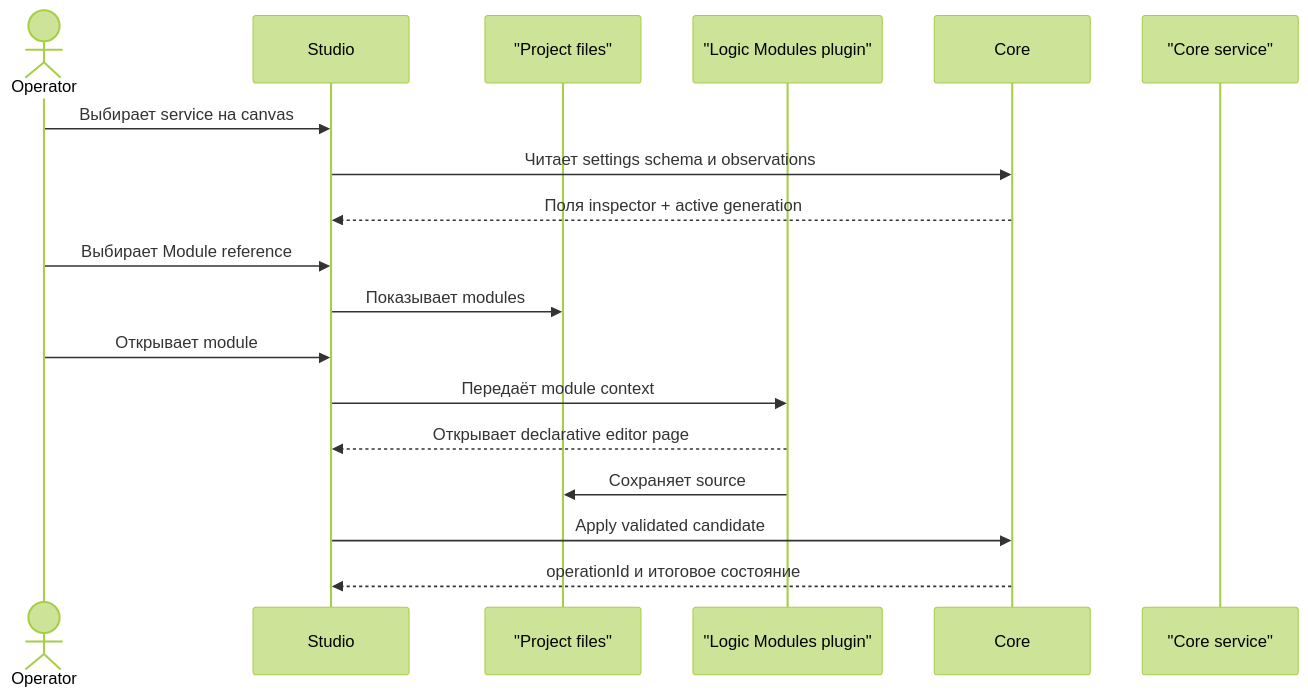
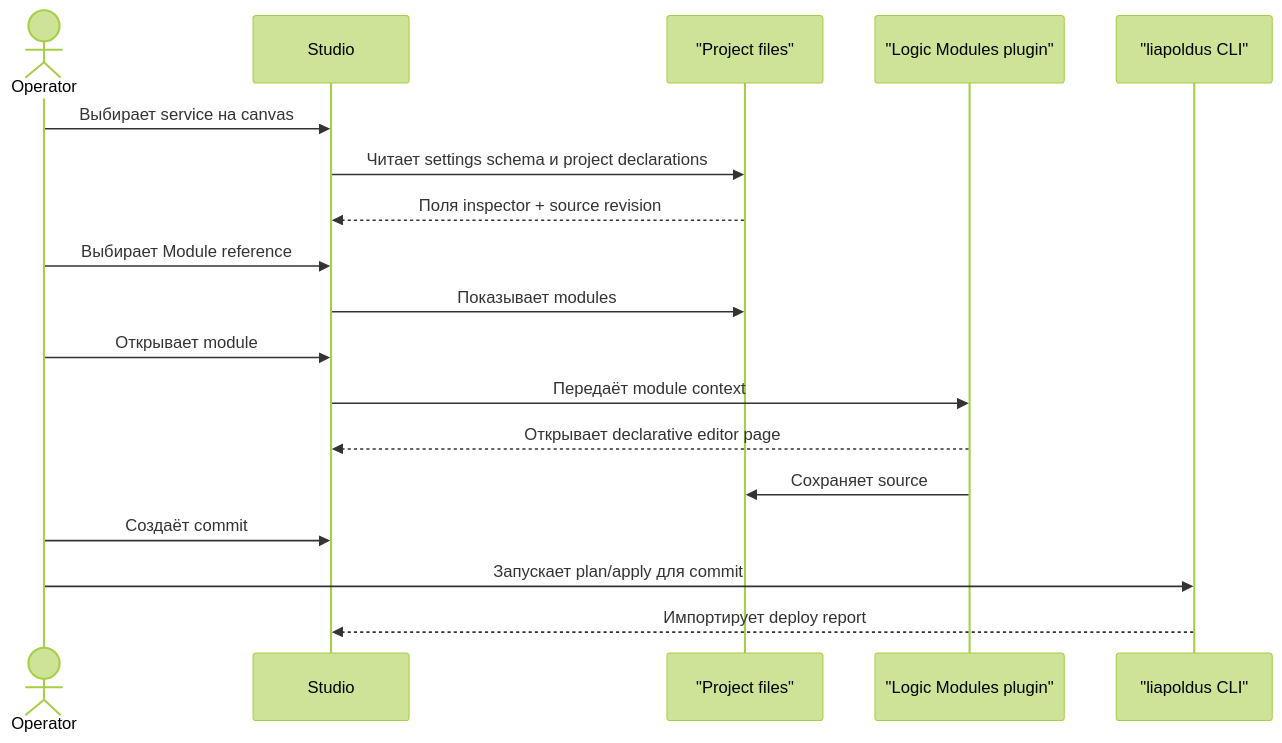
Before and after one commit to Liapoldus/studio: the third of 3 diagrams in docs/studio-plugins.md, drawn with Mermaid (forest theme). The commit also changed other lines of this file and 8 other files, not shown here.

````diff
--- a/docs/studio-plugins.md
+++ b/docs/studio-plugins.md
@@ -144,21 +144,21 @@
 ```mermaid
 sequenceDiagram
     actor Operator
     participant Studio
     participant Files as "Project files"
     participant Logic as "Logic Modules plugin"
-    participant Core
-    participant Service as "Core service"
+    participant CLI as "liapoldus CLI"
 
     Operator->>Studio: Выбирает service на canvas
-    Studio->>Core: Читает settings schema и observations
-    Core-->>Studio: Поля inspector + active generation
+    Studio->>Files: Читает settings schema и project declarations
+    Files-->>Studio: Поля inspector + source revision
     Operator->>Studio: Выбирает Module reference
     Studio->>Files: Показывает modules
     Operator->>Studio: Открывает module
     Studio->>Logic: Передаёт module context
     Logic-->>Studio: Открывает declarative editor page
     Logic->>Files: Сохраняет source
-    Studio->>Core: Apply validated candidate
-    Core-->>Studio: operationId и итоговое состояние
+    Operator->>Studio: Создаёт commit
+    Operator->>CLI: Запускает plan/apply для commit
+    CLI-->>Studio: Импортирует deploy report
 ```
````
